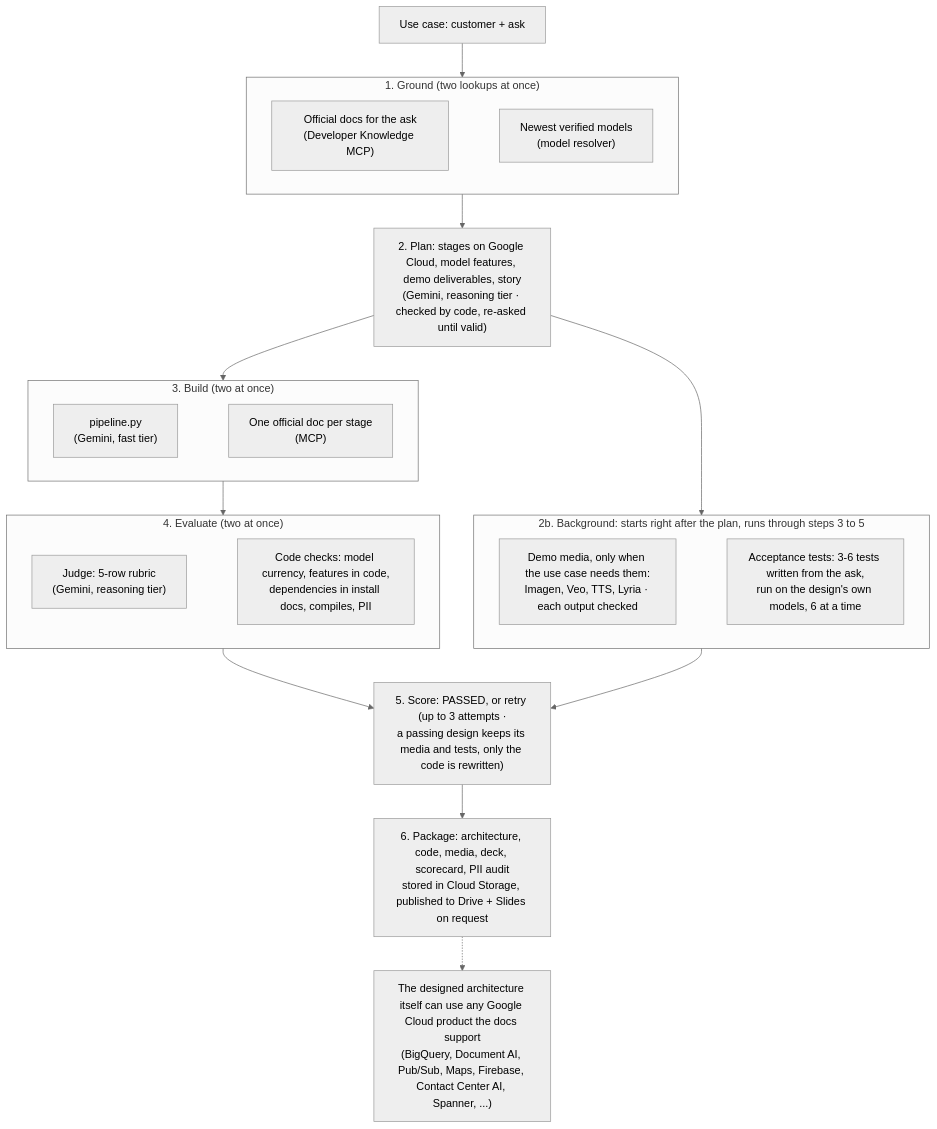
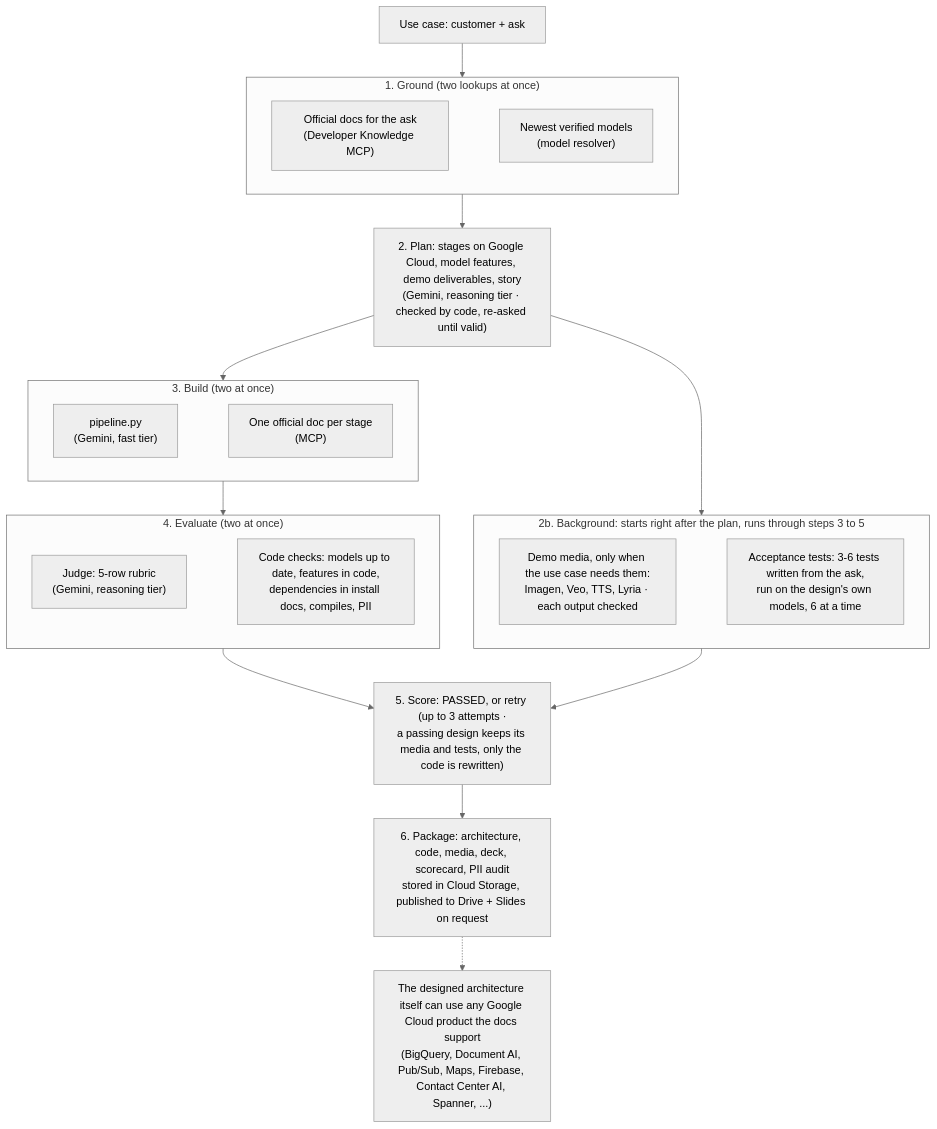
The first of 2 diagrams in README.md (LUJ20/eliminating-custom-demo-toil-with-google-mcp), drawn with Mermaid (neutral theme) before and after one commit. The commit also changed other lines of this file and 12 other files, not shown here.

````diff
--- a/README.md
+++ b/README.md
@@ -37,28 +39,28 @@
 ```mermaid
 flowchart TB
     subgraph G ["1. Ground (two lookups at once)"]
         direction LR
         G1["Official docs for the ask<br/>(Developer Knowledge MCP)"] ~~~ G2["Newest verified models<br/>(model resolver)"]
     end
     subgraph BG ["2b. Background: starts right after the plan, runs through steps 3 to 5"]
         direction LR
         M["Demo media, only when the use case needs them:<br/>Imagen, Veo, TTS, Lyria · each output checked"] ~~~ T["Acceptance tests: 3-6 tests written from the ask,<br/>run on the design's own models, 6 at a time"]
     end
     subgraph CC ["3. Build (two at once)"]
         direction LR
         C["pipeline.py<br/>(Gemini, fast tier)"] ~~~ CI["One official doc per stage<br/>(MCP)"]
     end
     subgraph JJ ["4. Evaluate (two at once)"]
         direction LR
-        J["Judge: 5-row rubric<br/>(Gemini, reasoning tier)"] ~~~ K["Code checks: model currency, features in code,<br/>dependencies in install docs, compiles, PII"]
+        J["Judge: 5-row rubric<br/>(Gemini, reasoning tier)"] ~~~ K["Code checks: models up to date, features in code,<br/>dependencies in install docs, compiles, PII"]
     end
     U["Use case: customer + ask"] --> G
     G --> PL["2. Plan: stages on Google Cloud, model features, demo deliverables, story<br/>(Gemini, reasoning tier · checked by code, re-asked until valid)"]
     PL --> BG
     PL --> CC
     CC --> JJ
     JJ --> S["5. Score: PASSED, or retry (up to 3 attempts ·<br/>a passing design keeps its media and tests, only the code is rewritten)"]
     BG --> S
     S --> P["6. Package: architecture, code, media, deck, scorecard, PII audit<br/>stored in Cloud Storage, published to Drive + Slides on request"]
     P -.-> A["The designed architecture itself can use any Google Cloud product the docs support<br/>(BigQuery, Document AI, Pub/Sub, Maps, Firebase, Contact Center AI, Spanner, ...)"]
 ```
````
